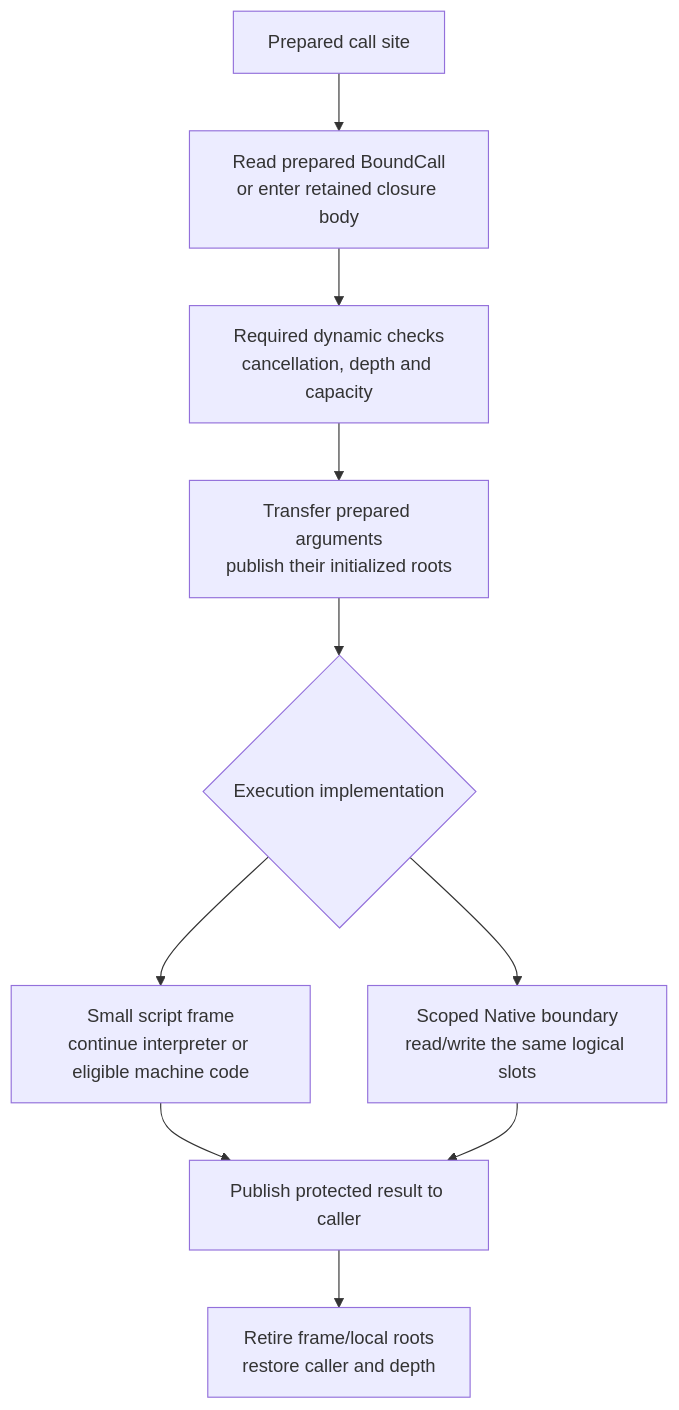
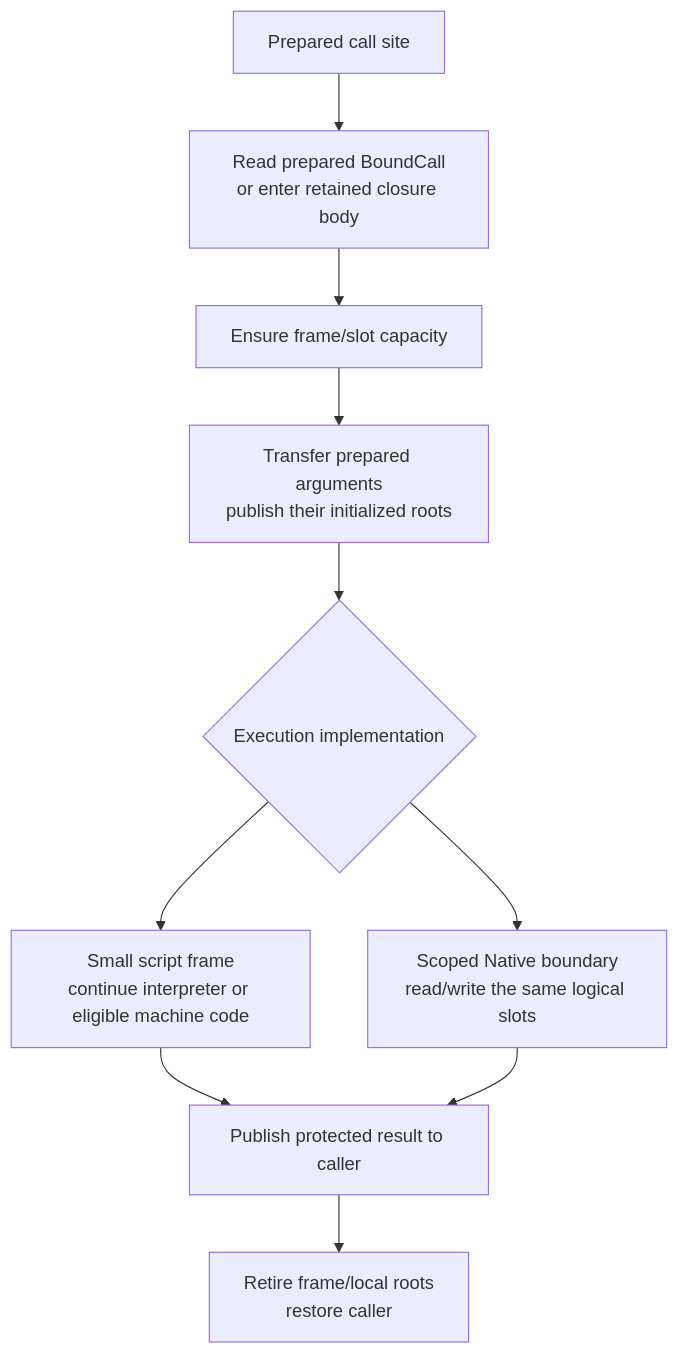
One commit to kagari-lang/kagari changed the diagram in docs/runtime-refactor-design.md. Above: the diagram before and after it, drawn with Mermaid. The commit also changed other lines of this file and 5 other files, not shown here.

````diff
--- a/docs/runtime-refactor-design.md
+++ b/docs/runtime-refactor-design.md
@@ -80,12 +233,12 @@
 ```mermaid
 flowchart TD
     SITE["Prepared call site"] --> TARGET["Read prepared BoundCall<br/>or enter retained closure body"]
-    TARGET --> CHECK["Required dynamic checks<br/>cancellation, depth and capacity"]
+    TARGET --> CHECK["Ensure frame/slot capacity"]
     CHECK --> ARGS["Transfer prepared arguments<br/>publish their initialized roots"]
     ARGS --> KIND{"Execution implementation"}
     KIND --> SCRIPT["Small script frame<br/>continue interpreter or eligible machine code"]
     KIND --> HOST["Scoped Native boundary<br/>read/write the same logical slots"]
     SCRIPT --> RESULT["Publish protected result to caller"]
     HOST --> RESULT
-    RESULT --> LEAVE["Retire frame/local roots<br/>restore caller and depth"]
+    RESULT --> LEAVE["Retire frame/local roots<br/>restore caller"]
 ```
````
